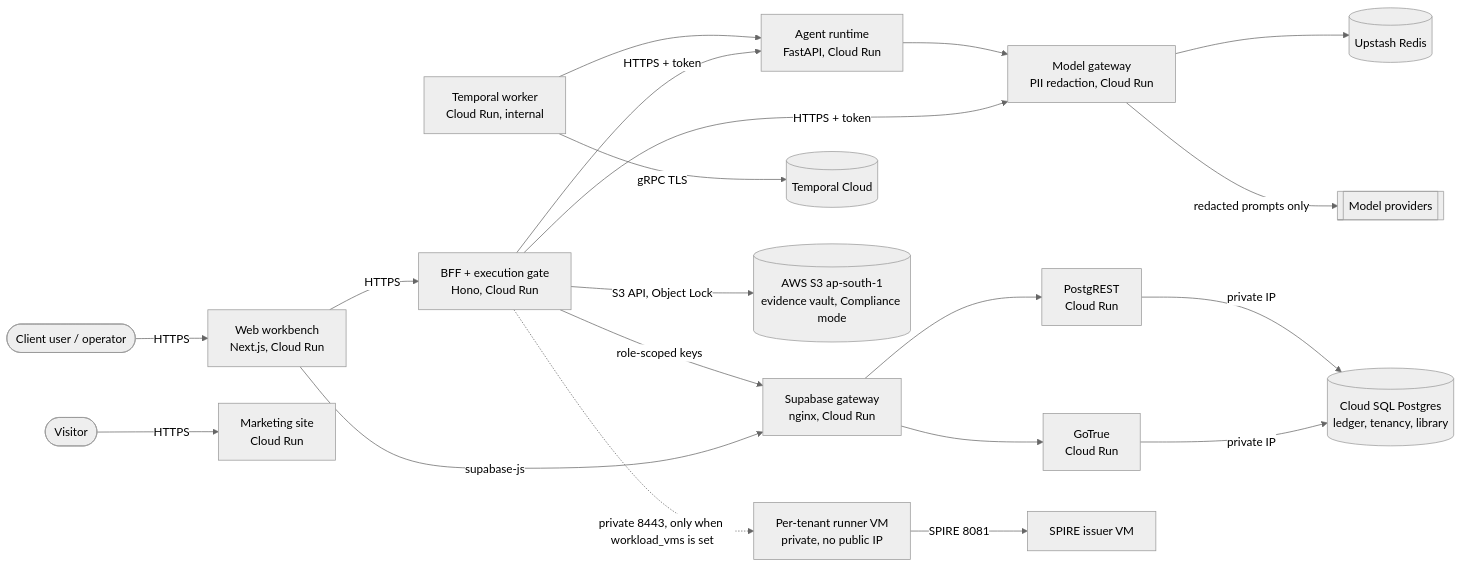
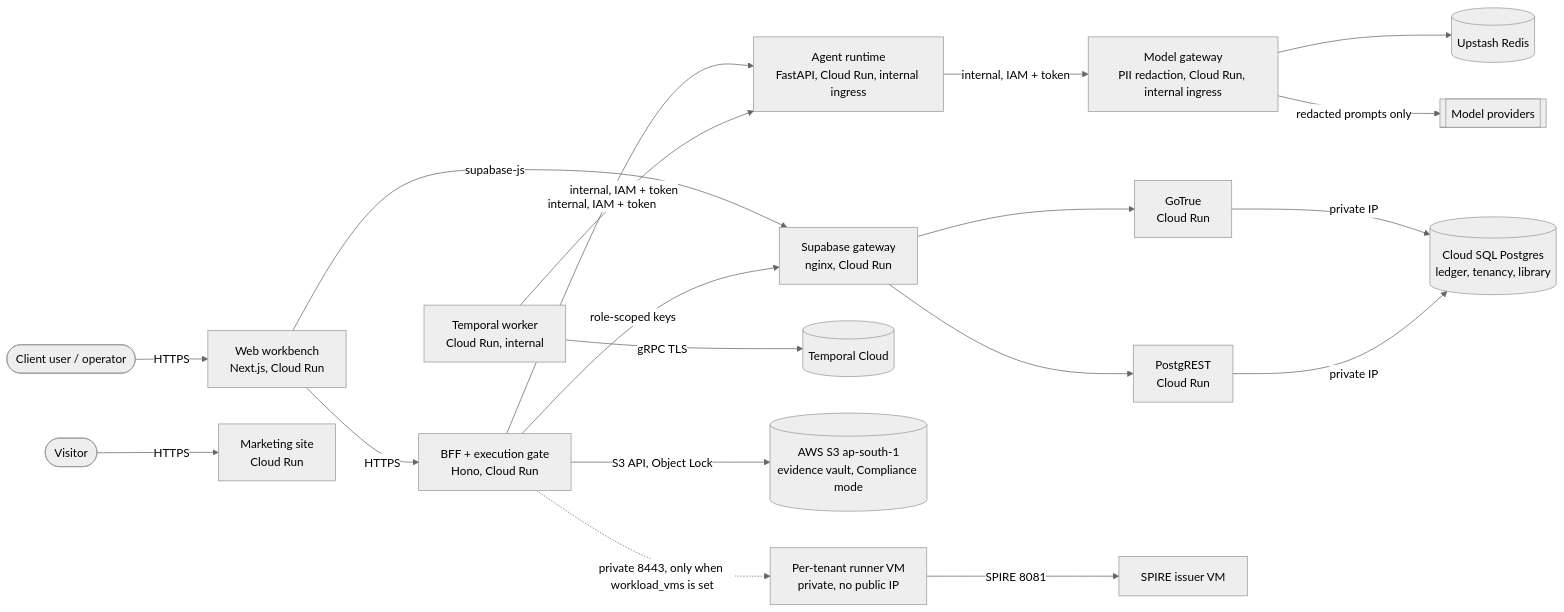
The first of 3 diagrams in docs/22_Architecture_and_Flow.md (vikashkaruna/Proof), drawn with Mermaid (neutral theme) before and after one commit. The commit also changed other lines of this file and 32 other files, not shown here.

Commit message:
feat(infra,services): decisions D1-D4 (scale-to-zero preprod, opt-in nightly stop, private internal services with ID-token auth, optional prod edge WAF), docs

````diff
--- a/docs/22_Architecture_and_Flow.md
+++ b/docs/22_Architecture_and_Flow.md
@@ -209,22 +209,21 @@
 ```mermaid
 flowchart LR
   user([Client user / operator]) -->|HTTPS| web[Web workbench<br/>Next.js, Cloud Run]
   visitor([Visitor]) -->|HTTPS| mkt[Marketing site<br/>Cloud Run]
   web -->|HTTPS| bff[BFF + execution gate<br/>Hono, Cloud Run]
   web -->|supabase-js| gw[Supabase gateway<br/>nginx, Cloud Run]
-  bff -->|HTTPS + token| rt[Agent runtime<br/>FastAPI, Cloud Run]
-  bff -->|HTTPS + token| mg[Model gateway<br/>PII redaction, Cloud Run]
-  rt --> mg
+  bff -->|internal, IAM + token| rt[Agent runtime<br/>FastAPI, Cloud Run, internal ingress]
+  rt -->|internal, IAM + token| mg[Model gateway<br/>PII redaction, Cloud Run, internal ingress]
   bff -->|role-scoped keys| gw
   gw --> auth[GoTrue<br/>Cloud Run]
   gw --> rest[PostgREST<br/>Cloud Run]
   auth -->|private IP| sql[(Cloud SQL Postgres<br/>ledger, tenancy, library)]
   rest -->|private IP| sql
   tw[Temporal worker<br/>Cloud Run, internal] -->|gRPC TLS| tcloud[(Temporal Cloud)]
-  tw --> rt
+  tw -->|internal, IAM + token| rt
   mg --> redis[(Upstash Redis)]
   bff -->|S3 API, Object Lock| s3[(AWS S3 ap-south-1<br/>evidence vault, Compliance mode)]
   mg -->|redacted prompts only| llm[[Model providers]]
   bff -.->|private 8443, only when workload_vms is set| runner[Per-tenant runner VM<br/>private, no public IP]
   runner -->|SPIRE 8081| issuer[SPIRE issuer VM]
 ```
````
